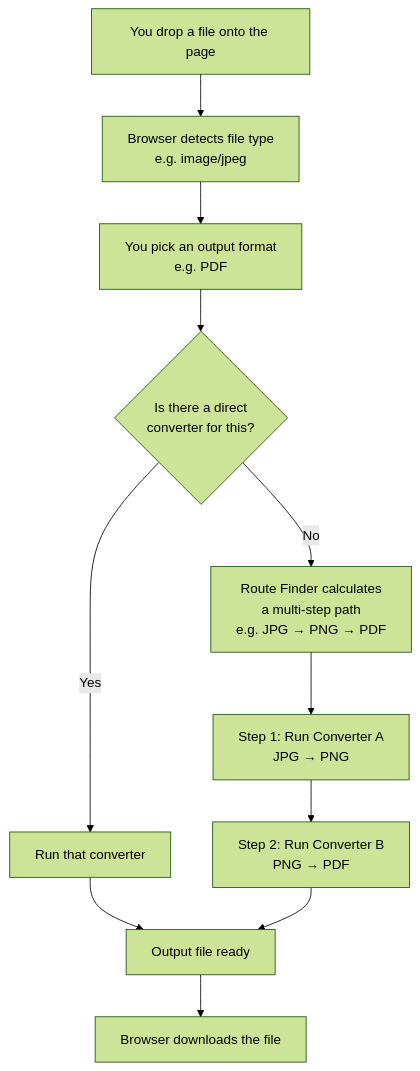
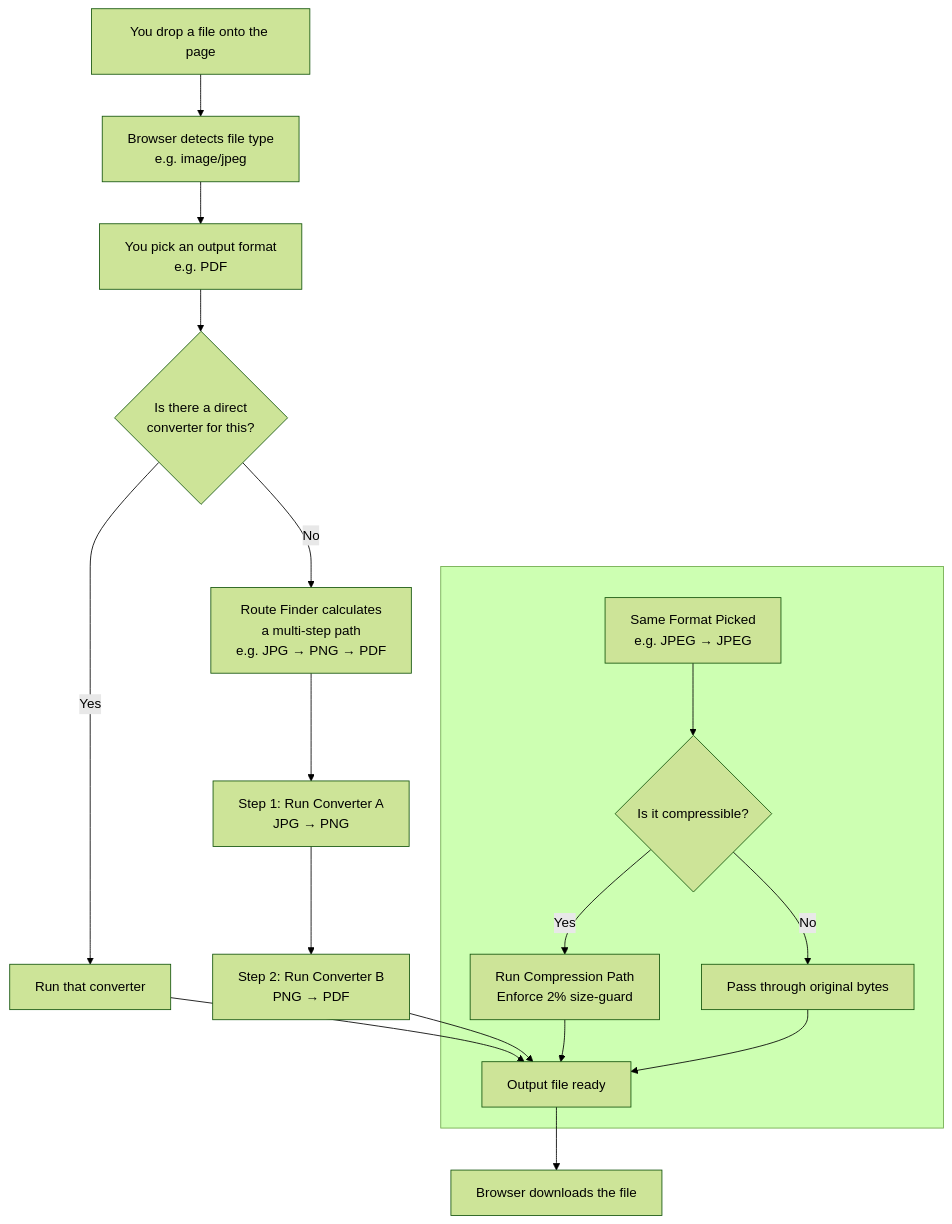
Before and after one commit to ogfrench/frogConvert: the second of 7 diagrams in docs/ARCHITECTURE.md, drawn with Mermaid (forest theme). The commit also changed 1 other file, not shown here.

Commit message:
docs: update README and ARCHITECTURE for v2.1.0 compression feature

````diff
--- a/docs/ARCHITECTURE.md
+++ b/docs/ARCHITECTURE.md
@@ -36,13 +36,21 @@
 ```mermaid
 flowchart TD
     A[You drop a file onto the page] --> B[Browser detects file type\ne.g. image/jpeg]
     B --> C[You pick an output format\ne.g. PDF]
     C --> D{Is there a direct\nconverter for this?}
     D -- Yes --> E[Run that converter]
     D -- No --> F[Route Finder calculates\na multi-step path\ne.g. JPG → PNG → PDF]
     F --> G[Step 1: Run Converter A\nJPG → PNG]
     G --> H[Step 2: Run Converter B\nPNG → PDF]
     E --> I[Output file ready]
     H --> I
     I --> J[Browser downloads the file]
+
+    subgraph " "
+    K[Same Format Picked\ne.g. JPEG → JPEG] --> L{Is it compressible?}
+    L -- Yes --> M[Run Compression Path\nEnforce 2% size-guard]
+    L -- No --> N[Pass through original bytes]
+    M --> I
+    N --> I
+    end
 ```
````
